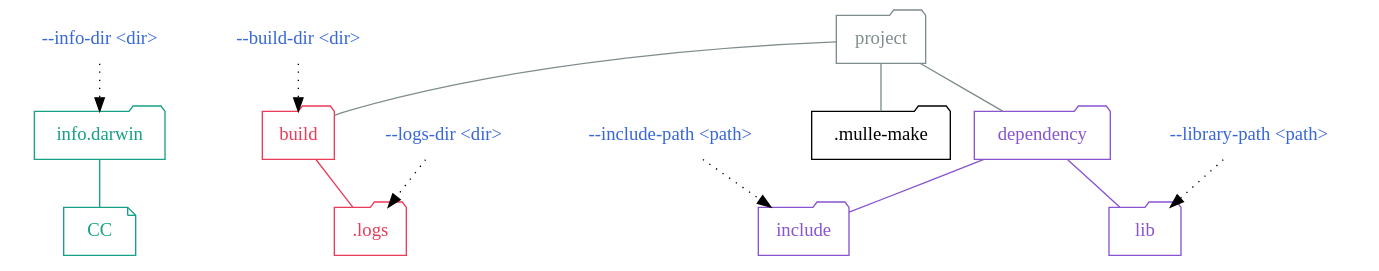
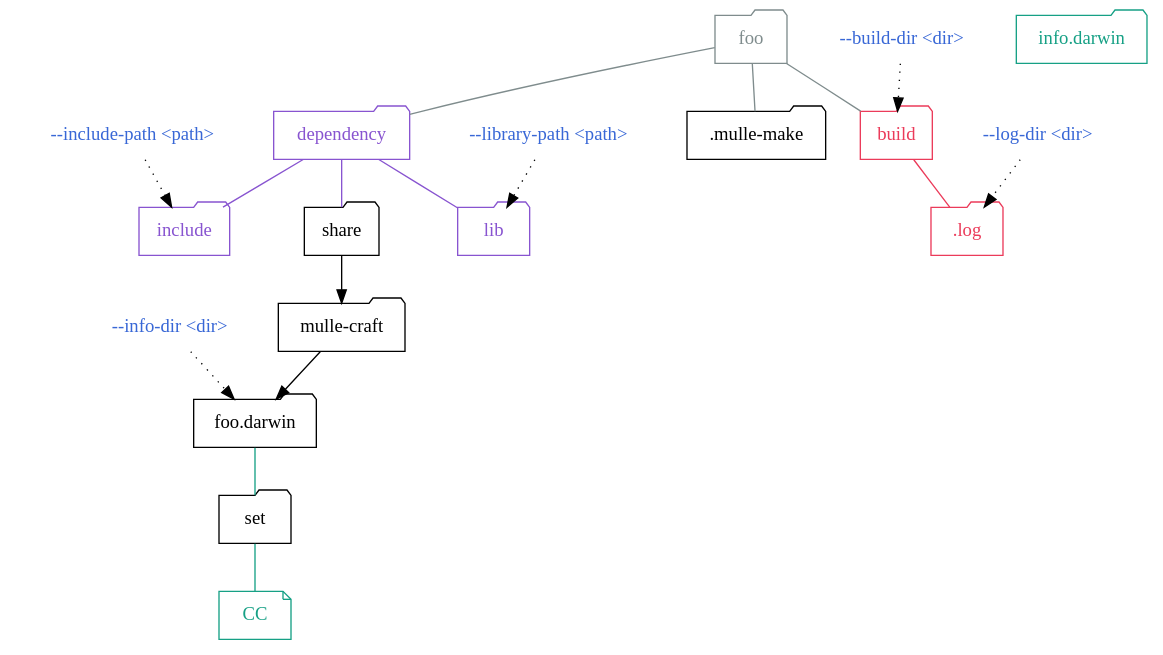
The diagram in dox/overview.dot (mulle-sde/mulle-make), drawn with Graphviz before and after one commit. The commit also changed 4 other files, not shown here.

```diff
--- a/dox/overview.dot
+++ b/dox/overview.dot
@@ -1,40 +1,42 @@
 digraph G {
     graph [rankdir = TD];
 
     node[ shape=folder];
 
     "--info-dir <dir>"                  [ shape="none", fontcolor="#3867d6" ]
-    "--info-dir <dir>" -> "info.darwin" [ style="dotted"]
+    "--info-dir <dir>" -> "foo.darwin" [ style="dotted"]
 
     "--build-dir <dir>"                  [ shape="none", fontcolor="#3867d6" ]
     "--build-dir <dir>" -> "build"       [ style="dotted"]
 
-    "--logs-dir <dir>"                   [ shape="none", fontcolor="#3867d6" ]
-    "--logs-dir <dir>" -> ".logs"        [ style="dotted"]
+    "--log-dir <dir>"                    [ shape="none", fontcolor="#3867d6" ]
+    "--log-dir <dir>" -> ".log"          [ style="dotted"]
 
     "--include-path <path>"              [ shape="none", fontcolor="#3867d6" ]
     "--include-path <path>" -> "include" [ style="dotted"]
 
     "--library-path <path>"              [ shape="none", fontcolor="#3867d6" ]
     "--library-path <path>" -> "lib"     [ style="dotted"]
 
-    ".logs"                          [ color="#eb3b5a", fontcolor="#eb3b5a" ]
+    ".log"                           [ color="#eb3b5a", fontcolor="#eb3b5a" ]
     "info.darwin"                    [ color="#16a085", fontcolor="#16a085" ]
     "build"                          [ color="#16a085", fontcolor="#16a085" ]
     "build"                          [ color="#eb3b5a", fontcolor="#eb3b5a" ]
     "dependency"                     [ color="#8854d0", fontcolor="#8854d0" ]
     "include"                        [ color="#8854d0", fontcolor="#8854d0" ]
     "lib"                            [ color="#8854d0", fontcolor="#8854d0" ]
-    "project"                        [ color="#7f8c8d", fontcolor="#7f8c8d" ]
+    "foo"                            [ color="#7f8c8d", fontcolor="#7f8c8d" ]
 
-    "project"    -> ".mulle-make"   [ arrowhead="none", color="#7f8c8d" ]
-    "project"    -> "build"         [ arrowhead="none", color="#7f8c8d" ]
-    "project"    -> "dependency"    [ arrowhead="none", color="#7f8c8d" ]
+    "foo"        -> ".mulle-make"   [ arrowhead="none", color="#7f8c8d" ]
+    "foo"        -> "build"         [ arrowhead="none", color="#7f8c8d" ]
+    "foo"        -> "dependency"    [ arrowhead="none", color="#7f8c8d" ]
     "dependency" -> "lib"           [ arrowhead="none", color="#8854d0" ]
     "dependency" -> "include"       [ arrowhead="none", color="#8854d0" ]
-    "build" -> ".logs"              [ arrowhead="none", color="#eb3b5a" ]
+    "dependency" -> "share"         [ arrowhead="none", color="#8854d0" ]
+    "build"      -> ".log"               [ arrowhead="none", color="#eb3b5a" ]
 
-    "info.darwin" -> "CC"             [ arrowhead="none", color="#16a085" ]
+    "share" -> "mulle-craft" -> "foo.darwin"
+    "foo.darwin" -> "set" -> "CC"             [ arrowhead="none", color="#16a085" ]
 
     "CC"            [ shape="note", color="#16a085", fontcolor="#16a085" ]
 }
```
